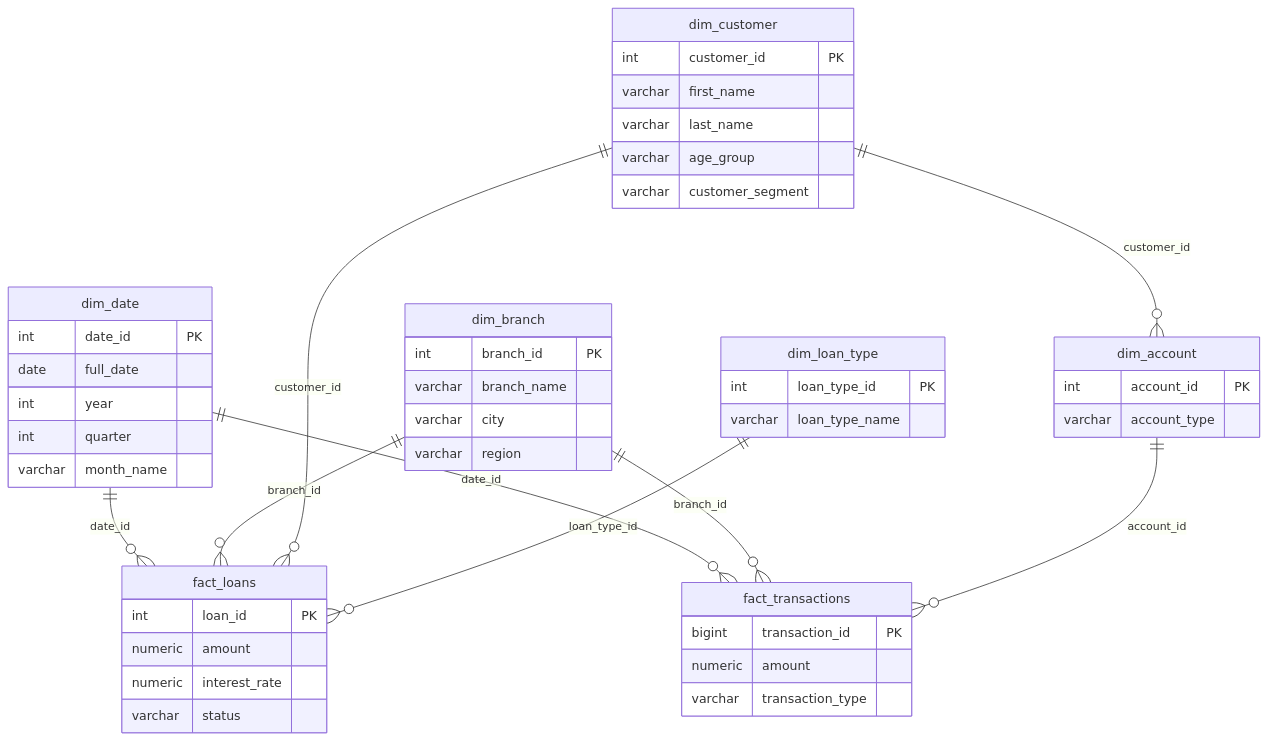
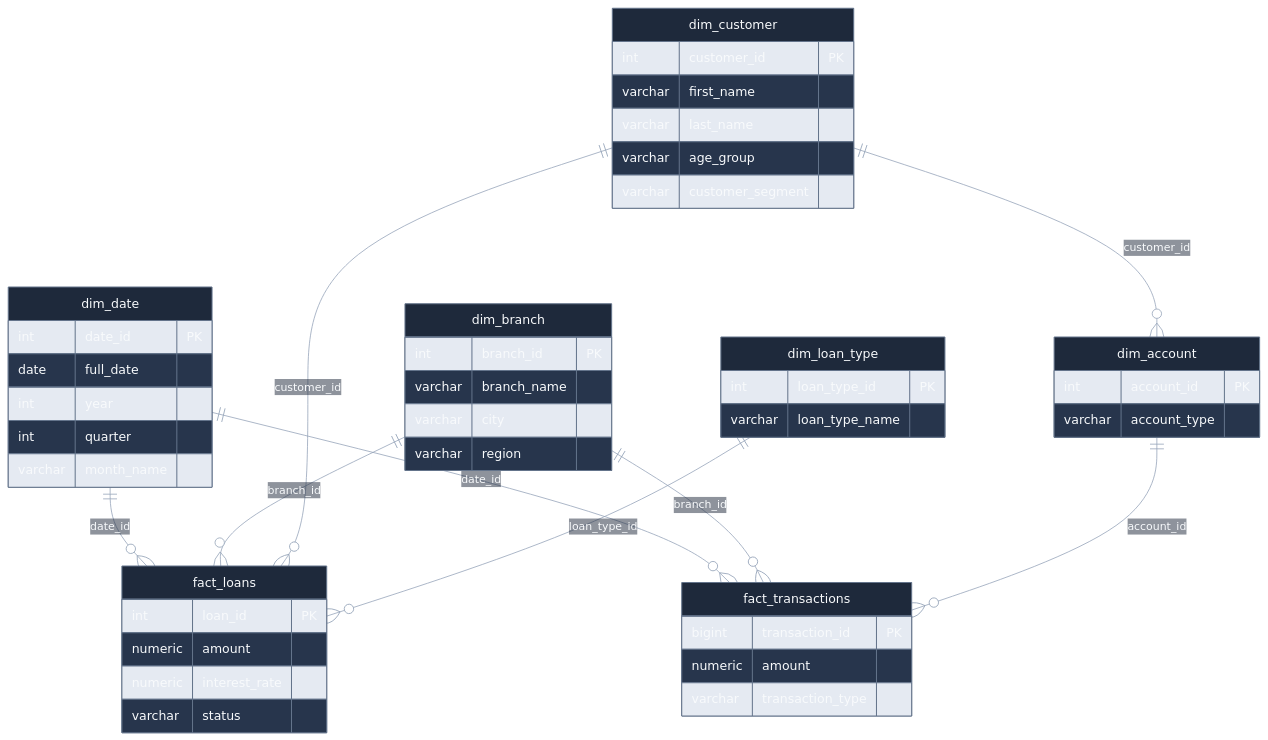
The second of 2 diagrams in README.md (DhanushPillay/Banking-Analytics-Data-Warehouse), drawn with Mermaid before and after one commit.

Commit message:
docs: add color styling to Mermaid ER diagram

````diff
--- a/README.md
+++ b/README.md
@@ -43,53 +43,65 @@
 ```mermaid
+%%{init: {
+  "theme": "base",
+  "themeVariables": {
+    "primaryColor": "#1e293b",
+    "primaryTextColor": "#f8fafc",
+    "primaryBorderColor": "#64748b",
+    "lineColor": "#94a3b8",
+    "secondaryColor": "#1e293b",
+    "tertiaryColor": "#1e293b"
+  },
+  "themeCSS": "[id^=entity-fact_] .er.entityBox { fill: #d97706; stroke: #fde68a; stroke-width: 2px; } [id^=entity-dim_] .er.entityBox { fill: #3730a3; stroke: #c7d2fe; stroke-width: 2px; }"
+}}%%
 erDiagram
     fact_transactions {
         bigint transaction_id PK
         numeric amount
         varchar transaction_type
     }
     fact_loans {
         int loan_id PK
         numeric amount
         numeric interest_rate
         varchar status
     }
     dim_date {
         int date_id PK
         date full_date
         int year
         int quarter
         varchar month_name
     }
     dim_branch {
         int branch_id PK
         varchar branch_name
         varchar city
         varchar region
     }
     dim_customer {
         int customer_id PK
         varchar first_name
         varchar last_name
         varchar age_group
         varchar customer_segment
     }
     dim_account {
         int account_id PK
         varchar account_type
     }
     dim_loan_type {
         int loan_type_id PK
         varchar loan_type_name
     }
 
     dim_date ||--o{ fact_transactions : "date_id"
     dim_branch ||--o{ fact_transactions : "branch_id"
     dim_account ||--o{ fact_transactions : "account_id"
     
     dim_date ||--o{ fact_loans : "date_id"
     dim_branch ||--o{ fact_loans : "branch_id"
     dim_customer ||--o{ fact_loans : "customer_id"
     dim_loan_type ||--o{ fact_loans : "loan_type_id"
     
     dim_customer ||--o{ dim_account : "customer_id"
 ```
````
